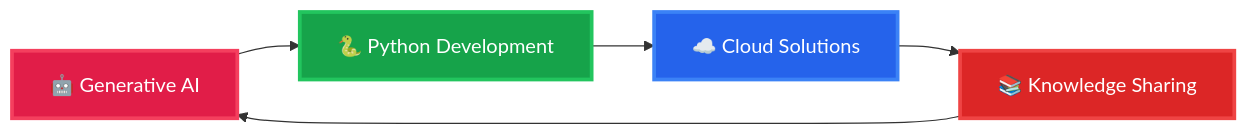
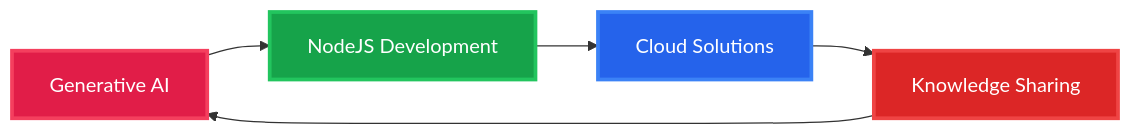
Before and after one commit to next-2-beat/next-2-beat: the diagram in README.md, drawn with Mermaid. The commit also changed other lines of this file, not shown here.

````diff
--- a/README.md
+++ b/README.md
@@ -205,12 +197,12 @@
 ```mermaid
 graph LR
-    A[🤖 Generative AI] --> B[🐍 Python Development]
-    B --> C[☁️ Cloud Solutions]
-    C --> D[📚 Knowledge Sharing]
+    A[Generative AI] --> B[NodeJS Development]
+    B --> C[Cloud Solutions]
+    C --> D[Knowledge Sharing]
     D --> A
     
     style A fill:#e11d48,stroke:#f43f5e,stroke-width:3px,color:#ffffff
     style B fill:#16a34a,stroke:#22c55e,stroke-width:3px,color:#ffffff
     style C fill:#2563eb,stroke:#3b82f6,stroke-width:3px,color:#ffffff
     style D fill:#dc2626,stroke:#ef4444,stroke-width:3px,color:#ffffff
 ```
````
